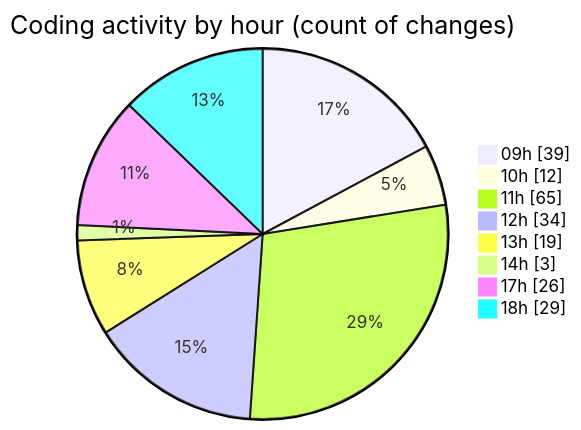
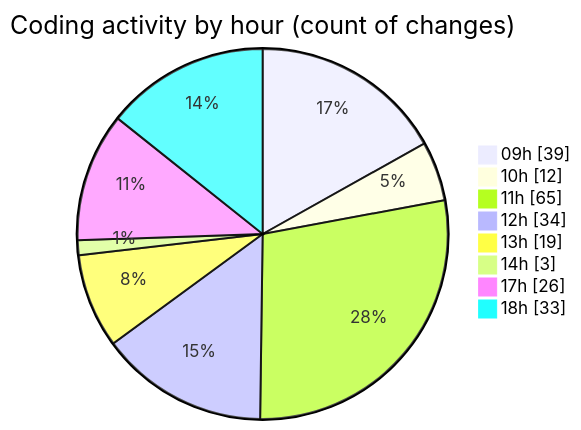
Before and after one commit to momahboobian/code-tracking: the second of 2 diagrams in 2025-03-04/cda/README.md, drawn with Mermaid. The commit also changed other lines of this file and 1 other file, not shown here.

````diff
--- a/2025-03-04/cda/README.md
+++ b/2025-03-04/cda/README.md
@@ -35,12 +35,12 @@
 ```mermaid
 pie showData
 title Coding activity by hour (count of changes)
 "09h" : 39
 "10h" : 12
 "11h" : 65
 "12h" : 34
 "13h" : 19
 "14h" : 3
 "17h" : 26
-"18h" : 29
+"18h" : 33
 ```
````
